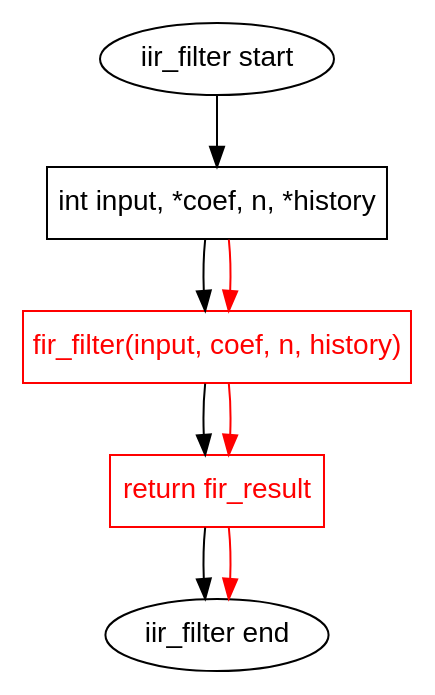
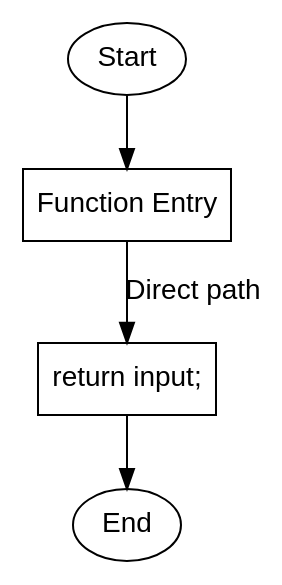
The diagram in quinta/adpcm/iir_filter.dot (Lucas170620/prompts-infeasible-path-AI-detecting-repository), drawn with Graphviz before and after one commit. The commit also changed 136 other files, not shown here.

```diff
--- a/quinta/adpcm/iir_filter.dot
+++ b/quinta/adpcm/iir_filter.dot
@@ -1,30 +1,14 @@
 digraph iir_filter {
     rankdir=TB;
     node [shape=box, fontname=Arial];
     edge [fontname=Arial];
 
-    start [label="iir_filter start", shape=ellipse];
-    end [label="iir_filter end", shape=ellipse];
+    start [label="Start", shape=ellipse];
+    end [label="End", shape=ellipse];
+    entry [label="Function Entry"];
+    return [label="return input;"];
     
-    // Declaração de variáveis
-    decl [label="int input, *coef, n, *history"];
-    
-    // Chamada para fir_filter
-    fir_call [label="fir_filter(input, coef, n, history)"];
-    
-    // Retorno
-    return [label="return fir_result"];
-    
-    // Conexões
-    start -> decl;
-    decl -> fir_call;
-    fir_call -> return;
+    start -> entry;
+    entry -> return [label="Direct path"];
     return -> end;
-    
-    // Caminho inviável - função não implementada
-    fir_call [color=red, fontcolor=red];
-    return [color=red, fontcolor=red];
-    decl -> fir_call [color=red, fontcolor=red];
-    fir_call -> return [color=red, fontcolor=red];
-    return -> end [color=red, fontcolor=red];
 }
```
